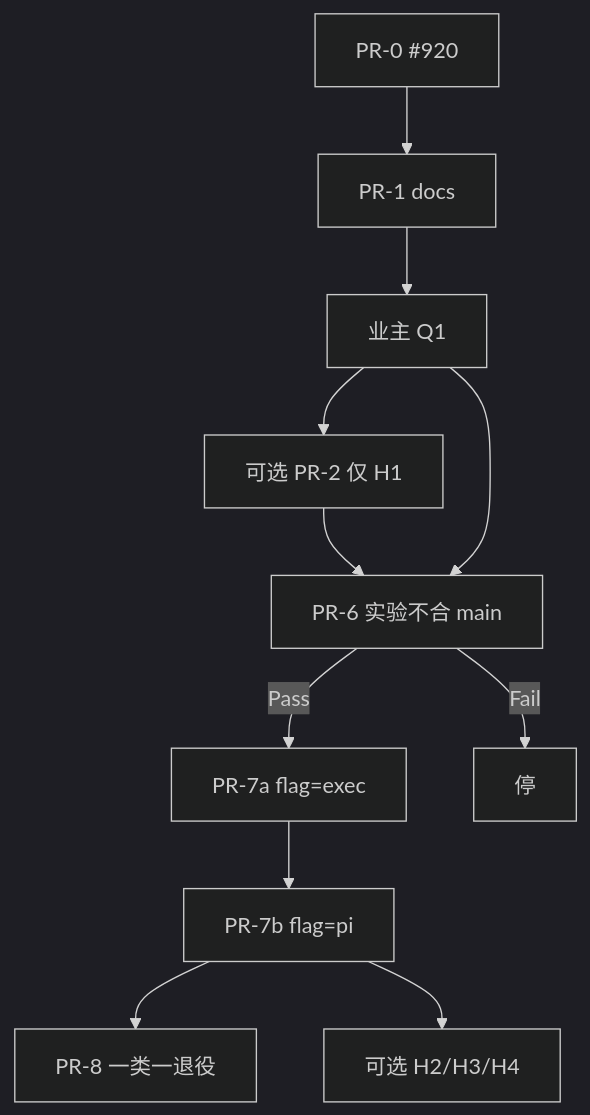
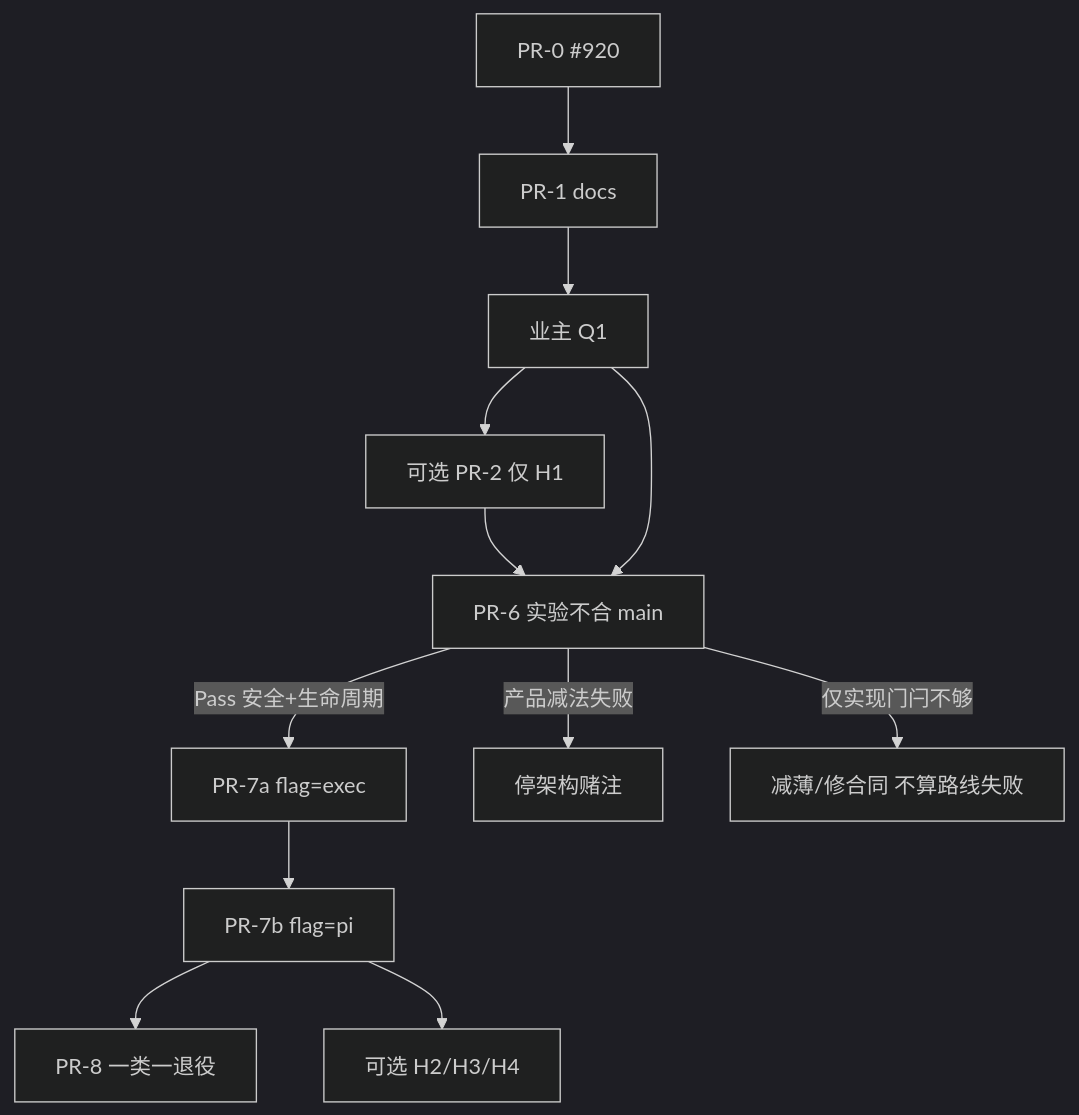
The sixth of 6 diagrams in docs/PLAN-WORKENV-UPSTREAM.md (juanwan99/pico), drawn with Mermaid (dark theme) before and after one commit. The commit also changed other lines of this file, not shown here.

First line of the commit message:
docs: correct workenv A对照, isolation layers, fail semantics (#925)

````diff
--- a/docs/PLAN-WORKENV-UPSTREAM.md
+++ b/docs/PLAN-WORKENV-UPSTREAM.md
@@ -1230,13 +1244,14 @@
 ```mermaid
 flowchart TD
   P0[PR-0 #920] --> P1[PR-1 docs]
   P1 --> Q1[业主 Q1]
   Q1 --> H1[可选 PR-2 仅 H1]
   H1 --> EXP[PR-6 实验不合 main]
   Q1 --> EXP
-  EXP -->|Pass| P7a[PR-7a flag=exec]
-  EXP -->|Fail| STOP[停]
+  EXP -->|Pass 安全+生命周期| P7a[PR-7a flag=exec]
+  EXP -->|产品减法失败| STOP[停架构赌注]
+  EXP -->|仅实现门闩不够| FIX[减薄/修合同 不算路线失败]
   P7a --> P7b[PR-7b flag=pi]
   P7b --> P8[PR-8 一类一退役]
   P7b --> H2[可选 H2/H3/H4]
 ```
````
